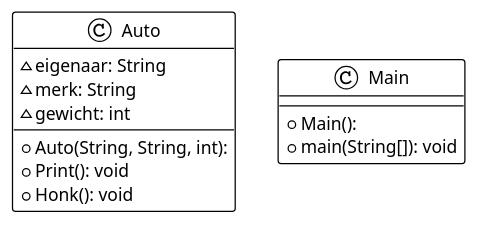
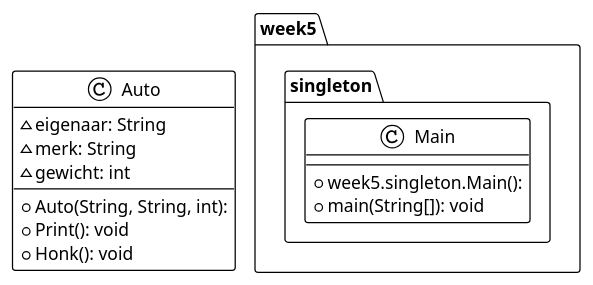
The first of 2 diagrams in src/week2/README.md (MelvinQM/Automata-Programming), drawn with PlantUML before and after one commit. The commit also changed 10 other files, not shown here.

````diff
--- a/src/week2/README.md
+++ b/src/week2/README.md
@@ -11,22 +11,22 @@
 ```plantuml
 @startuml
 
 !theme plain
 top to bottom direction
 skinparam linetype ortho
 
 class Auto {
 + Auto(String, String, int):
   ~ eigenaar: String
   ~ merk: String
   ~ gewicht: int
 + Print(): void
 + Honk(): void
   }
-  class Main {
-+ Main():
+  class week5.singleton.Main {
++ week5.singleton.Main():
 + main(String[]): void
   }
 
 @enduml
 ```
````
